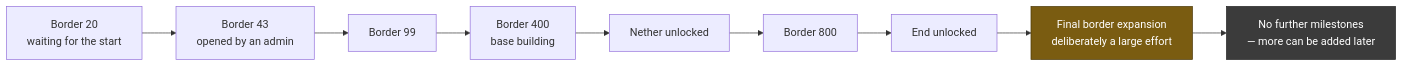
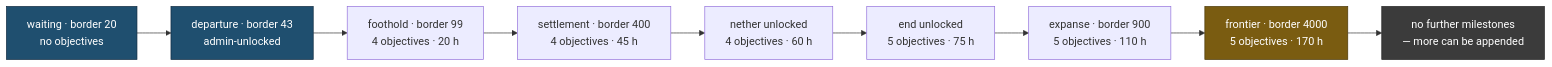
One commit to nordtal/season-2 changed the third of 5 diagrams in docs/smp.md. Above: the diagram before and after it, drawn with Mermaid. The commit also changed other lines of this file and 3 other files, not shown here.

````diff
--- a/docs/smp.md
+++ b/docs/smp.md
@@ -165,16 +190,18 @@
 ```mermaid
 flowchart LR
-    M0["Border 20<br/>waiting for the start"] --> M1["Border 43<br/>opened by an admin"]
-    M1 --> M2["Border 99"]
-    M2 --> M3["Border 400<br/>base building"]
-    M3 --> M4["Nether unlocked"]
-    M4 --> M5["Border 800"]
-    M5 --> M6["End unlocked"]
-    M6 --> M7["Final border expansion<br/>deliberately a large effort"]
-    M7 --> DONE["No further milestones<br/>— more can be added later"]
+    M0["waiting · border 20<br/>no objectives"] --> M1["departure · border 43<br/>admin-unlocked"]
+    M1 --> M2["foothold · border 99<br/>4 objectives · 20 h"]
+    M2 --> M3["settlement · border 400<br/>4 objectives · 45 h"]
+    M3 --> M4["nether unlocked<br/>4 objectives · 60 h"]
+    M4 --> M5["end unlocked<br/>5 objectives · 75 h"]
+    M5 --> M6["expanse · border 900<br/>5 objectives · 110 h"]
+    M6 --> M7["frontier · border 4000<br/>5 objectives · 170 h"]
+    M7 --> DONE["no further milestones<br/>— more can be appended"]
 
+    classDef start fill:#1f4f6f,stroke:#0f2a3f,color:#fff
     classDef last fill:#7a5c11,stroke:#4a3708,color:#fff
     classDef none fill:#3b3b3b,stroke:#222,color:#fff
+    class M0,M1 start
     class M7 last
     class DONE none
 ```
````
